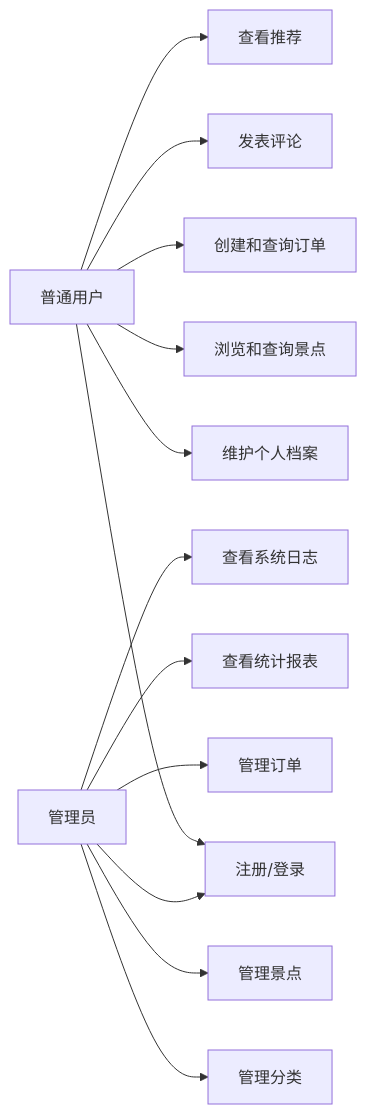
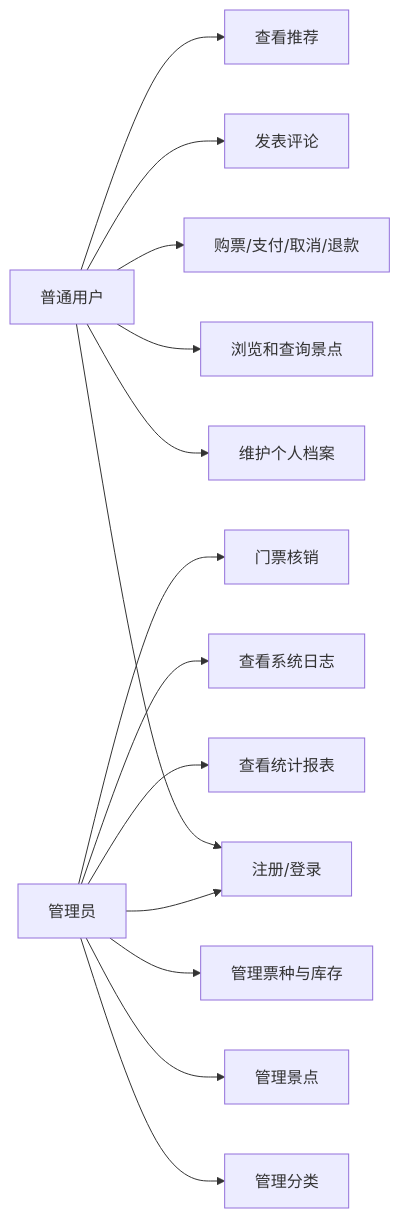
The diagram in docs/需求规格说明书.md (539210/scenic-ticket), drawn with Mermaid before and after one commit. The commit also changed other lines of this file and 28 other files, not shown here.

````diff
--- a/docs/需求规格说明书.md
+++ b/docs/需求规格说明书.md
@@ -80,32 +90,34 @@
 ```mermaid
 flowchart LR
     User["普通用户"]
     Admin["管理员"]
 
     UC1["注册/登录"]
     UC2["维护个人档案"]
     UC3["浏览和查询景点"]
-    UC4["创建和查询订单"]
+    UC4["购票/支付/取消/退款"]
     UC5["发表评论"]
     UC6["查看推荐"]
 
     UC7["管理分类"]
     UC8["管理景点"]
-    UC9["管理订单"]
+    UC9["管理票种与库存"]
     UC10["查看统计报表"]
     UC11["查看系统日志"]
+    UC12["门票核销"]
 
     User --> UC1
     User --> UC2
     User --> UC3
     User --> UC4
     User --> UC5
     User --> UC6
 
     Admin --> UC1
     Admin --> UC7
     Admin --> UC8
     Admin --> UC9
     Admin --> UC10
     Admin --> UC11
+    Admin --> UC12
 ```
````
